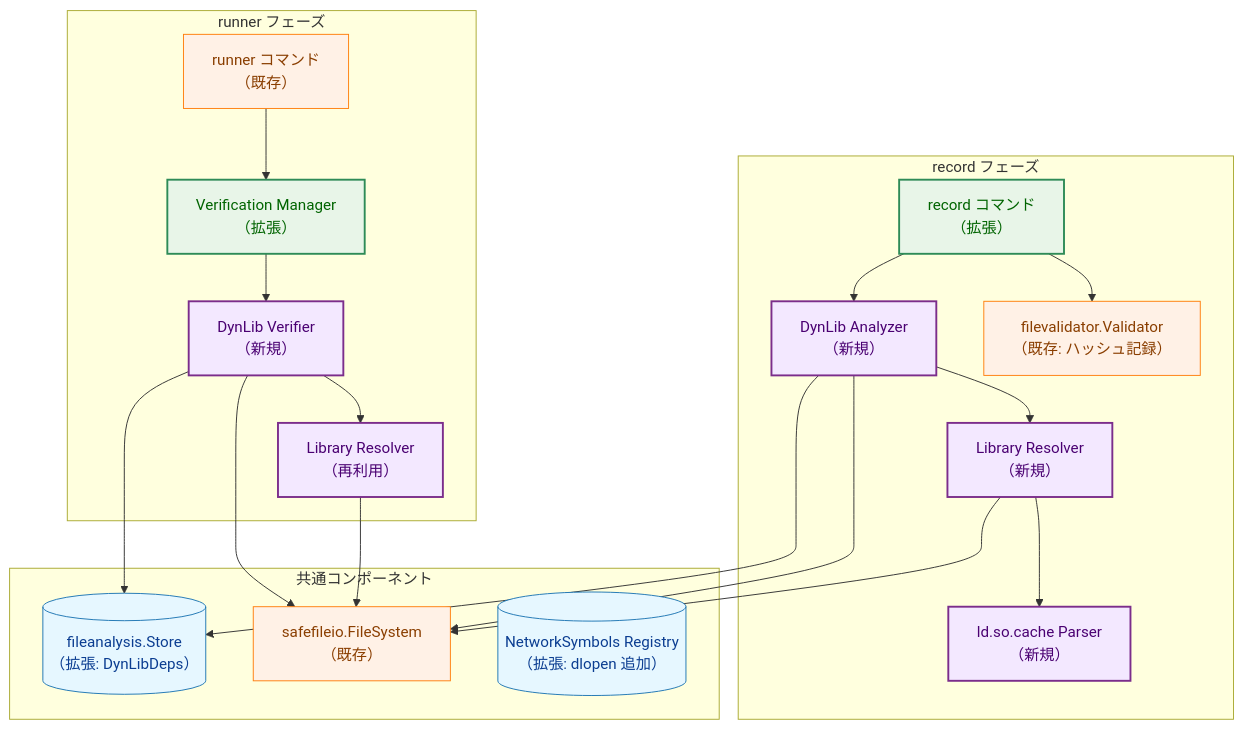
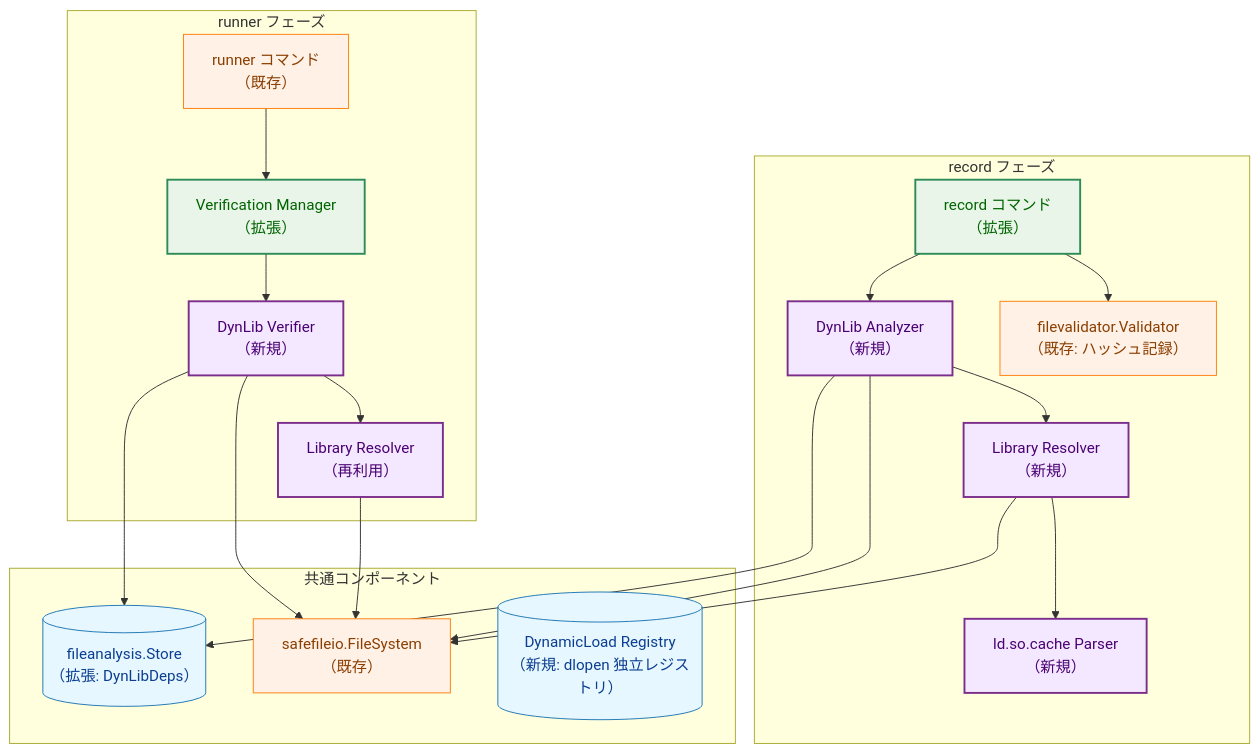
Before and after one commit to isseis/go-safe-cmd-runner: the first of 11 diagrams in docs/tasks/0074_elf_dynlib_integrity/02_architecture.md, drawn with Mermaid. The commit also changed other lines of this file, not shown here.

First line of the commit message:
docs(0074): separate dlopen detection from NetworkDetected using HasDynamicLoad

````diff
--- a/docs/tasks/0074_elf_dynlib_integrity/02_architecture.md
+++ b/docs/tasks/0074_elf_dynlib_integrity/02_architecture.md
@@ -23,49 +23,49 @@
 ```mermaid
 flowchart TB
     classDef data fill:#e6f7ff,stroke:#1f77b4,stroke-width:1px,color:#0b3d91;
     classDef process fill:#fff1e6,stroke:#ff7f0e,stroke-width:1px,color:#8a3e00;
     classDef enhanced fill:#e8f5e8,stroke:#2e8b57,stroke-width:2px,color:#006400;
     classDef new fill:#f3e8ff,stroke:#7b2d8b,stroke-width:2px,color:#4a0072;
 
     subgraph RecordPhase["record フェーズ"]
         REC["record コマンド<br/>（拡張）"]
         FV["filevalidator.Validator<br/>（既存: ハッシュ記録）"]
         DLA["DynLib Analyzer<br/>（新規）"]
         LR["Library Resolver<br/>（新規）"]
         LDC["ld.so.cache Parser<br/>（新規）"]
     end
 
     subgraph RunnerPhase["runner フェーズ"]
         RUN["runner コマンド<br/>（既存）"]
         VM["Verification Manager<br/>（拡張）"]
         DLV["DynLib Verifier<br/>（新規）"]
         LR2["Library Resolver<br/>（再利用）"]
     end
 
     subgraph SharedComponents["共通コンポーネント"]
         FAS[("fileanalysis.Store<br/>（拡張: DynLibDeps）")]
         SFO["safefileio.FileSystem<br/>（既存）"]
-        NSR[("NetworkSymbols Registry<br/>（拡張: dlopen 追加）")]
+        NSR[("DynamicLoad Registry<br/>（新規: dlopen 独立レジストリ）")]
     end
 
     REC --> FV
     REC --> DLA
     DLA --> LR
     LR --> LDC
     DLA --> SFO
     DLA --> FAS
 
     RUN --> VM
     VM --> DLV
     DLV --> LR2
     DLV --> SFO
     DLV --> FAS
 
     LR --> SFO
     LR2 --> SFO
 
     class FAS,NSR data;
     class RUN,FV,SFO process;
     class REC,VM enhanced;
     class DLA,LR,LDC,DLV,LR2 new;
 ```
````
